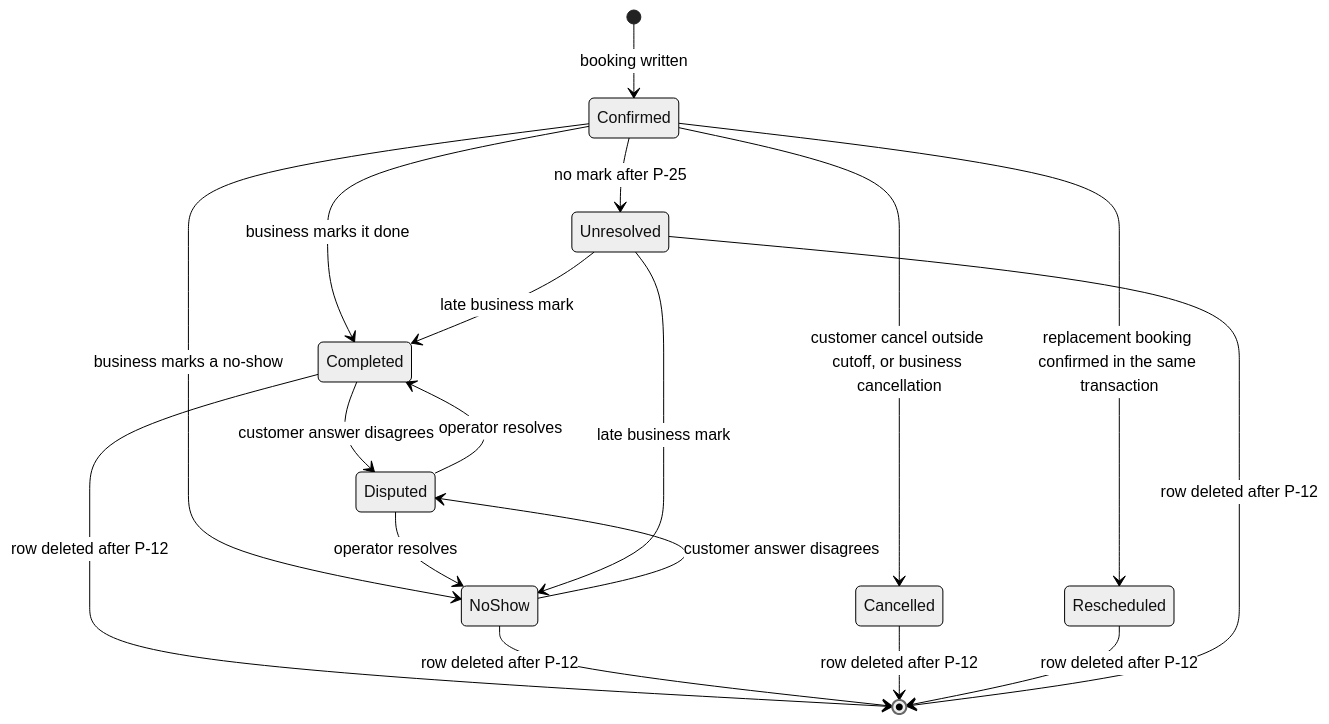
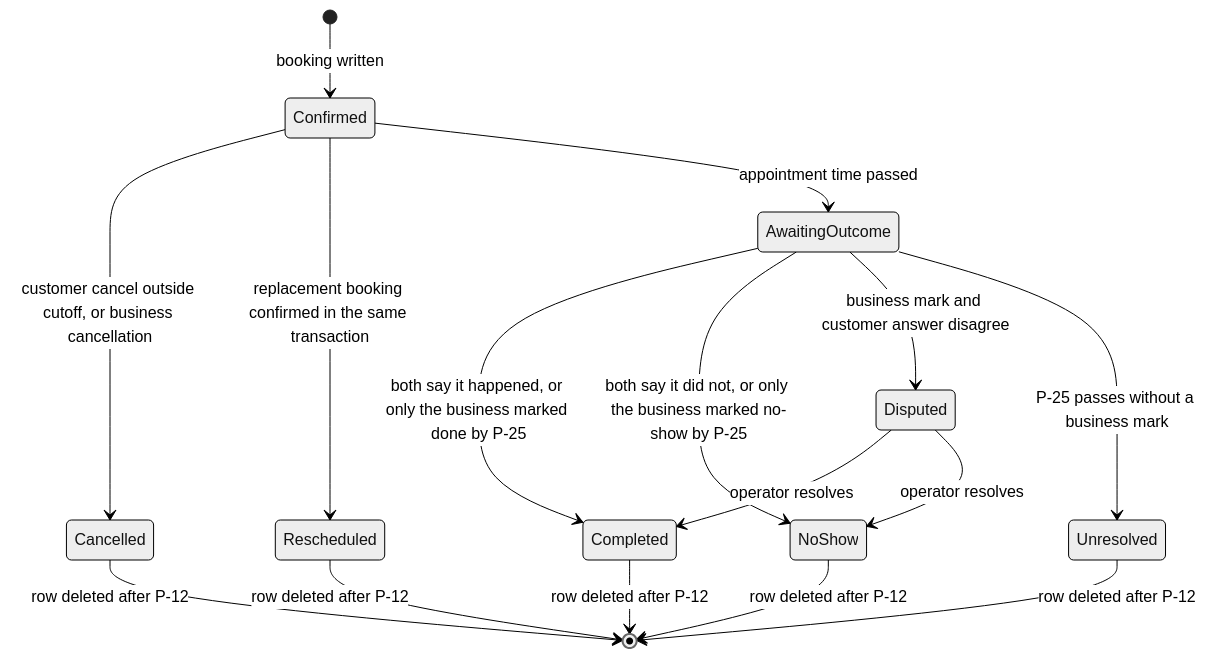
One commit to Jannisar01/hitchpost changed the fifth of 9 diagrams in docs/sad/07-process-and-behaviour-models.md. Above: the diagram before and after it, drawn with Mermaid (neutral theme). The commit also changed other lines of this file and 39 other files, not shown here.

````diff
--- a/docs/sad/07-process-and-behaviour-models.md
+++ b/docs/sad/07-process-and-behaviour-models.md
@@ -369,20 +372,18 @@
 ```mermaid
 stateDiagram-v2
   [*] --> Confirmed: booking written
   Confirmed --> Cancelled: customer cancel outside cutoff, or business cancellation
   Confirmed --> Rescheduled: replacement booking confirmed in the same transaction
-  Confirmed --> Completed: business marks it done
-  Confirmed --> NoShow: business marks a no-show
-  Confirmed --> Unresolved: no mark after P-25
-  Completed --> Disputed: customer answer disagrees
-  NoShow --> Disputed: customer answer disagrees
+  Confirmed --> AwaitingOutcome: appointment time passed
+  AwaitingOutcome --> Completed: both say it happened, or only the business marked done by P-25
+  AwaitingOutcome --> NoShow: both say it did not, or only the business marked no-show by P-25
+  AwaitingOutcome --> Disputed: business mark and customer answer disagree
+  AwaitingOutcome --> Unresolved: P-25 passes without a business mark
   Disputed --> Completed: operator resolves
   Disputed --> NoShow: operator resolves
-  Unresolved --> Completed: late business mark
-  Unresolved --> NoShow: late business mark
   Completed --> [*]: row deleted after P-12
   NoShow --> [*]: row deleted after P-12
   Cancelled --> [*]: row deleted after P-12
   Rescheduled --> [*]: row deleted after P-12
   Unresolved --> [*]: row deleted after P-12
 ```
````
